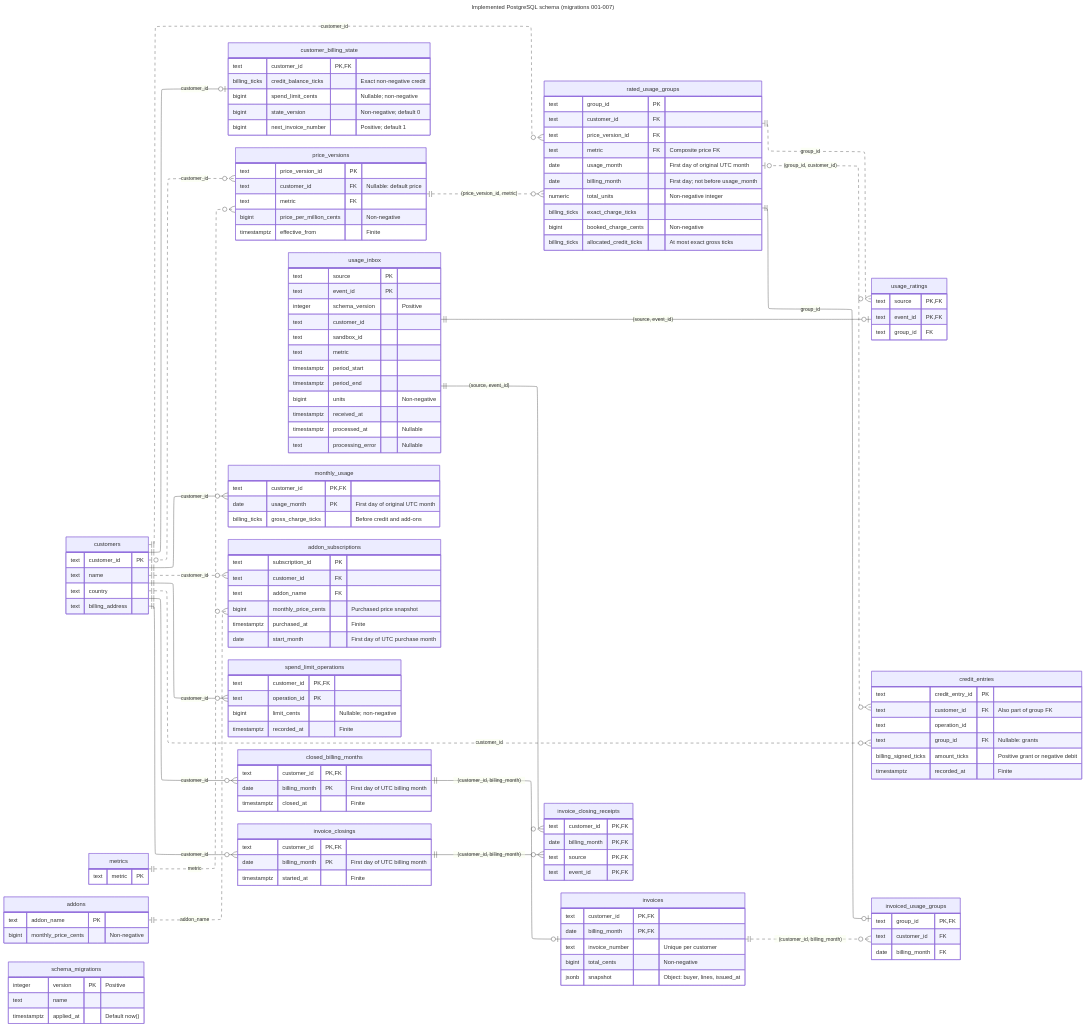
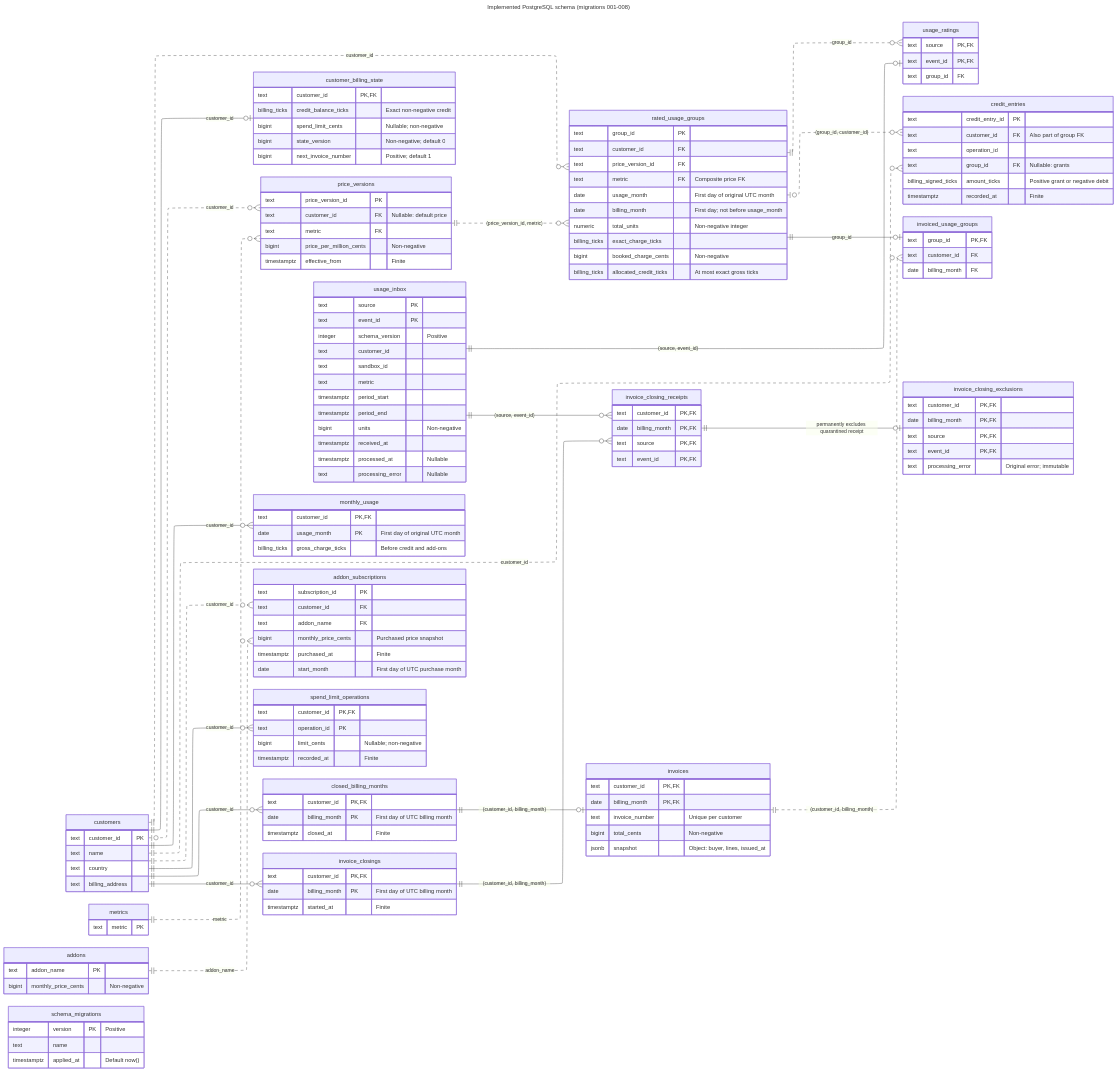
The diagram in docs/diagrams/implemented-data-model/implemented-data-model.mmd (pupitooo/e2b-billing-api), drawn with Mermaid before and after one commit. The commit also changed 43 other files, not shown here.

```diff
--- a/docs/diagrams/implemented-data-model/implemented-data-model.mmd
+++ b/docs/diagrams/implemented-data-model/implemented-data-model.mmd
@@ -1,172 +1,181 @@
 ---
-title: Implemented PostgreSQL schema (migrations 001-007)
+title: Implemented PostgreSQL schema (migrations 001-008)
 config:
   layout: elk
 ---
 erDiagram
     direction LR
 
     customers ||--o| customer_billing_state : customer_id
     customers |o..o{ price_versions : customer_id
     metrics ||..o{ price_versions : metric
     customers ||..o{ rated_usage_groups : customer_id
     price_versions ||..o{ rated_usage_groups : "(price_version_id, metric)"
     usage_inbox ||--o| usage_ratings : "(source, event_id)"
     rated_usage_groups ||..o{ usage_ratings : group_id
     customers ||--o{ monthly_usage : customer_id
     customers ||..o{ credit_entries : customer_id
     rated_usage_groups |o..o{ credit_entries : "(group_id, customer_id)"
     customers ||..o{ addon_subscriptions : customer_id
     addons ||..o{ addon_subscriptions : addon_name
 
     customers ||--o{ spend_limit_operations : customer_id
     customers ||--o{ closed_billing_months : customer_id
     customers ||--o{ invoice_closings : customer_id
     invoice_closings ||--o{ invoice_closing_receipts : "(customer_id, billing_month)"
     usage_inbox ||--o{ invoice_closing_receipts : "(source, event_id)"
     closed_billing_months ||--o| invoices : "(customer_id, billing_month)"
     invoices ||..o{ invoiced_usage_groups : "(customer_id, billing_month)"
     rated_usage_groups ||--o| invoiced_usage_groups : group_id
 
     usage_inbox {
         text source PK
         text event_id PK
         integer schema_version "Positive"
         text customer_id
         text sandbox_id
         text metric
         timestamptz period_start
         timestamptz period_end
         bigint units "Non-negative"
         timestamptz received_at
         timestamptz processed_at "Nullable"
         text processing_error "Nullable"
     }
     usage_ratings {
         text source PK,FK
         text event_id PK,FK
         text group_id FK
     }
     rated_usage_groups {
         text group_id PK
         text customer_id FK
         text price_version_id FK
         text metric FK "Composite price FK"
         date usage_month "First day of original UTC month"
         date billing_month "First day; not before usage_month"
         numeric total_units "Non-negative integer"
         billing_ticks exact_charge_ticks
         bigint booked_charge_cents "Non-negative"
         billing_ticks allocated_credit_ticks "At most exact gross ticks"
     }
     customers {
         text customer_id PK
         text name
         text country
         text billing_address
     }
     customer_billing_state {
         text customer_id PK,FK
         billing_ticks credit_balance_ticks "Exact non-negative credit"
         bigint spend_limit_cents "Nullable; non-negative"
         bigint state_version "Non-negative; default 0"
         bigint next_invoice_number "Positive; default 1"
     }
     metrics {
         text metric PK
     }
     price_versions {
         text price_version_id PK
         text customer_id FK "Nullable: default price"
         text metric FK
         bigint price_per_million_cents "Non-negative"
         timestamptz effective_from "Finite"
     }
     monthly_usage {
         text customer_id PK,FK
         date usage_month PK "First day of original UTC month"
         billing_ticks gross_charge_ticks "Before credit and add-ons"
     }
     credit_entries {
         text credit_entry_id PK
         text customer_id FK "Also part of group FK"
         text operation_id
         text group_id FK "Nullable: grants"
         billing_signed_ticks amount_ticks "Positive grant or negative debit"
         timestamptz recorded_at "Finite"
     }
     addons {
         text addon_name PK
         bigint monthly_price_cents "Non-negative"
     }
     addon_subscriptions {
         text subscription_id PK
         text customer_id FK
         text addon_name FK
         bigint monthly_price_cents "Purchased price snapshot"
         timestamptz purchased_at "Finite"
         date start_month "First day of UTC purchase month"
     }
     spend_limit_operations {
         text customer_id PK,FK
         text operation_id PK
         bigint limit_cents "Nullable; non-negative"
         timestamptz recorded_at "Finite"
     }
     closed_billing_months {
         text customer_id PK,FK
         date billing_month PK "First day of UTC billing month"
         timestamptz closed_at "Finite"
     }
     invoice_closings {
         text customer_id PK,FK
         date billing_month PK "First day of UTC billing month"
         timestamptz started_at "Finite"
     }
     invoice_closing_receipts {
         text customer_id PK,FK
         date billing_month PK,FK
         text source PK,FK
         text event_id PK,FK
     }
+    invoice_closing_exclusions {
+        text customer_id PK,FK
+        date billing_month PK,FK
+        text source PK,FK
+        text event_id PK,FK
+        text processing_error "Original error; immutable"
+    }
     invoices {
         text customer_id PK,FK
         date billing_month PK,FK
         text invoice_number "Unique per customer"
         bigint total_cents "Non-negative"
         jsonb snapshot "Object: buyer, lines, issued_at"
     }
     invoiced_usage_groups {
         text group_id PK,FK
         text customer_id FK
         date billing_month FK
     }
     schema_migrations {
         integer version PK "Positive"
         text name
         timestamptz applied_at "Default now()"
     }
 
-    %% This diagram covers all 18 tables and 82 columns after migrate.sql and migrations 001-007.
+    %% This diagram covers all 18 tables and 82 columns after migrate.sql and migrations 001-008.
     %% All columns are NOT NULL unless explicitly labeled Nullable.
     %% PK and FK markers identify membership in primary and foreign keys, including composite keys.
     %% Solid relationships include parent identity in the child's primary key; dashed ones do not.
     %% Edges show declared foreign keys only; usage_inbox has no customer or metric FK.
     %% billing_ticks is numeric constrained to non-negative finite integers; 1 cent = 1_000_000 ticks.
     %% billing_signed_ticks is numeric constrained to signed finite integers for credit history.
     %% price_versions UNIQUE NULLS NOT DISTINCT: (customer_id, metric, effective_from).
     %% price_versions UNIQUE: (price_version_id, metric).
     %% rated_usage_groups UNIQUE: (customer_id, price_version_id, usage_month, billing_month).
     %% rated_usage_groups UNIQUE: (group_id, customer_id).
     %% credit_entries UNIQUE: (customer_id, operation_id).
     %% addon_subscriptions UNIQUE: (customer_id, addon_name).
     %% invoices UNIQUE: (customer_id, invoice_number).
     %% price_versions, usage_ratings, and credit_entries reject updates and deletes through triggers.
     %% closed_billing_months, spend_limit_operations, invoice_closings, invoice_closing_receipts,
     %% invoices, and invoiced_usage_groups also reject updates and deletes through triggers.
     %% Triggers also preserve group identity and validate receipt customer, metric, and UTC month.
     %% A group referenced by invoiced_usage_groups rejects updates and deletes.
     %% InvoiceLine values are stored in invoices.snapshot.lines; there is no invoice_lines table.
     %% No extra FK matches invoiced_usage_groups customer/month to the group's customer/month.
     %% No extra FK matches invoice_closing_receipts customer to the receipt's customer.
     %% Those ownership checks belong to the closing transaction; edges show only declared FKs.
+
+    invoice_closing_receipts ||--o| invoice_closing_exclusions : "permanently excludes quarantined receipt"
```
